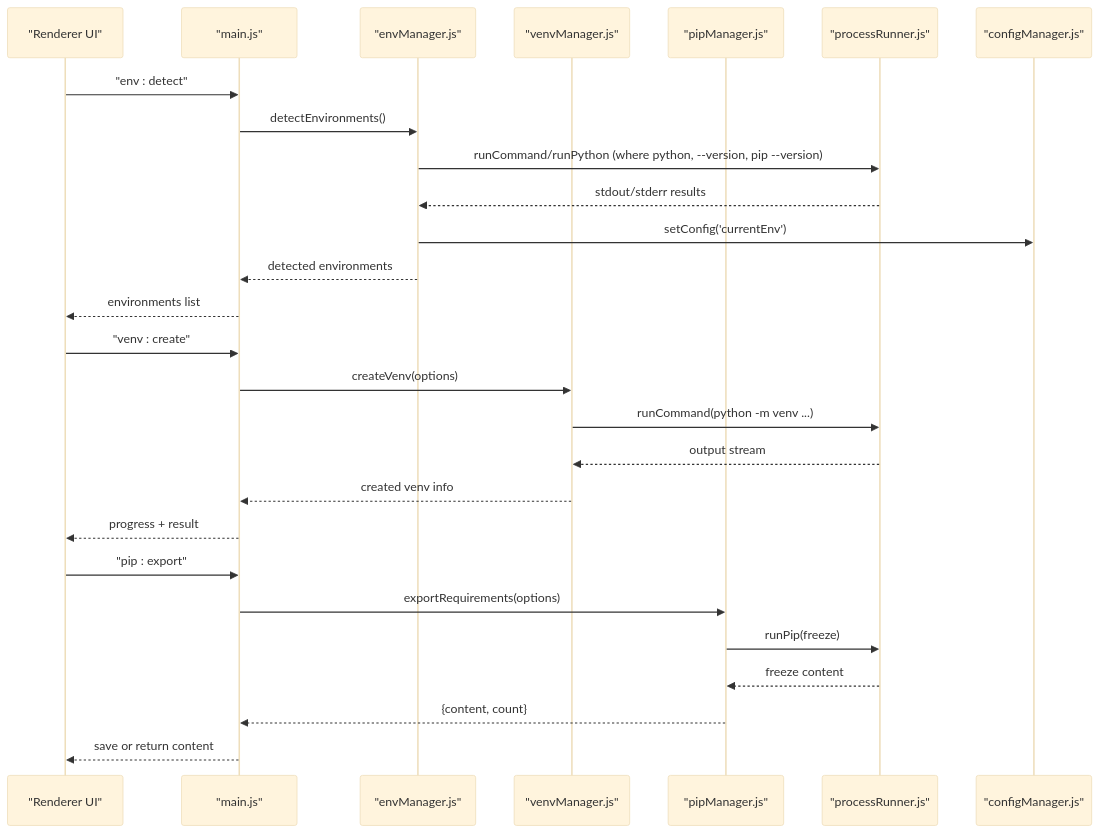
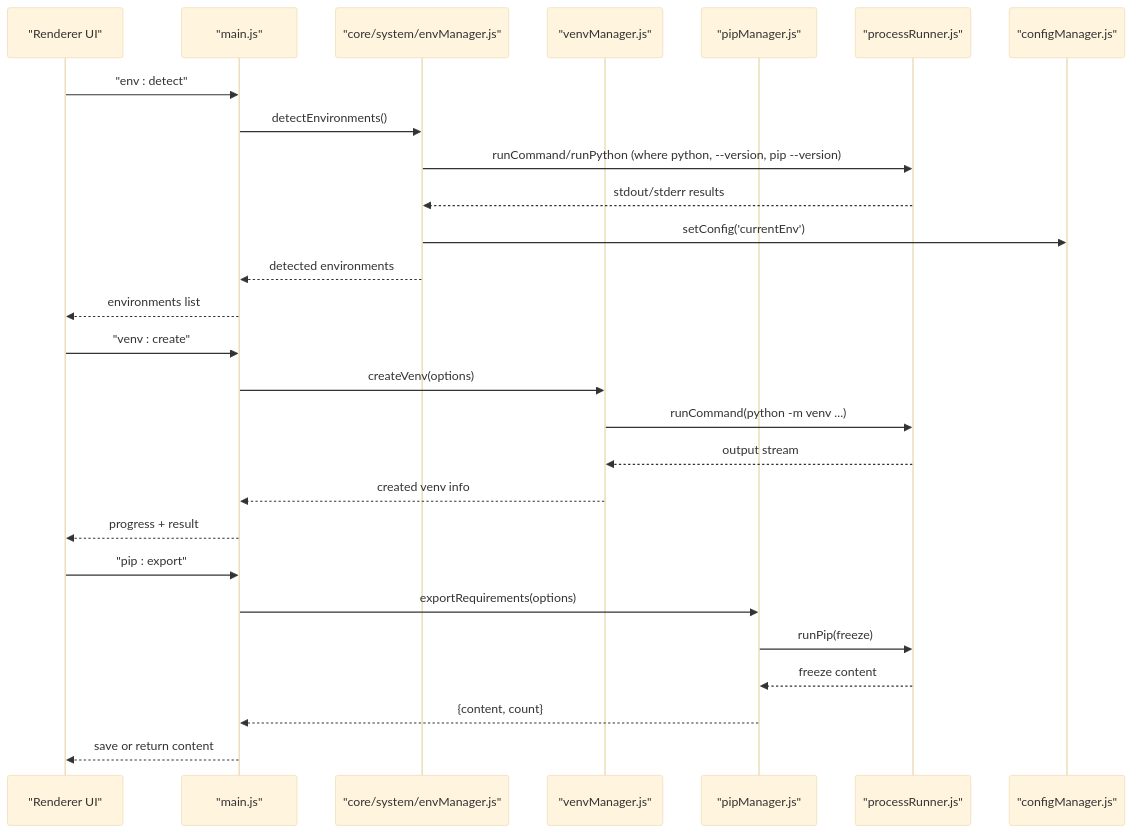
The second of 9 diagrams in docs/en/content/Core Features/Environment Management/Environment Management.md (SoftheartedYYC/PyLibMaster), drawn with Mermaid (base theme) before and after one commit. The commit also changed other lines of this file and 72 other files, not shown here.

````diff
--- a/docs/en/content/Core Features/Environment Management/Environment Management.md
+++ b/docs/en/content/Core Features/Environment Management/Environment Management.md
@@ -96,29 +114,29 @@
 ```mermaid
 sequenceDiagram
 participant UI as "Renderer UI"
 participant Main as "main.js"
-participant Env as "envManager.js"
+participant Env as "core/system/envManager.js"
 participant VEnv as "venvManager.js"
 participant Pip as "pipManager.js"
 participant Proc as "processRunner.js"
 participant Cfg as "configManager.js"
 UI->>Main : "env : detect"
 Main->>Env : detectEnvironments()
 Env->>Proc : runCommand/runPython (where python, --version, pip --version)
 Proc-->>Env : stdout/stderr results
 Env->>Cfg : setConfig('currentEnv')
 Env-->>Main : detected environments
 Main-->>UI : environments list
 UI->>Main : "venv : create"
 Main->>VEnv : createVenv(options)
 VEnv->>Proc : runCommand(python -m venv ...)
 Proc-->>VEnv : output stream
 VEnv-->>Main : created venv info
 Main-->>UI : progress + result
 UI->>Main : "pip : export"
 Main->>Pip : exportRequirements(options)
 Pip->>Proc : runPip(freeze)
 Proc-->>Pip : freeze content
 Pip-->>Main : {content, count}
 Main-->>UI : save or return content
 ```
````
